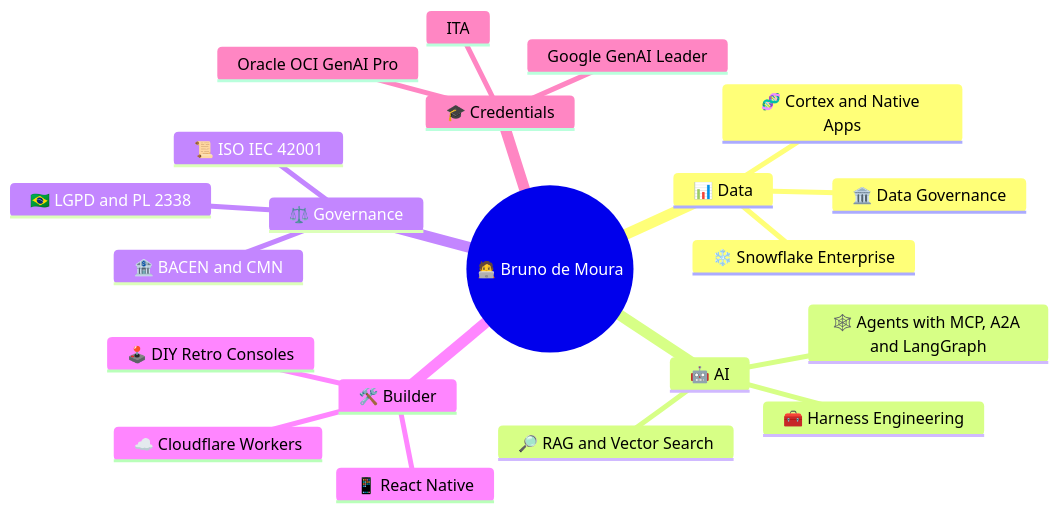
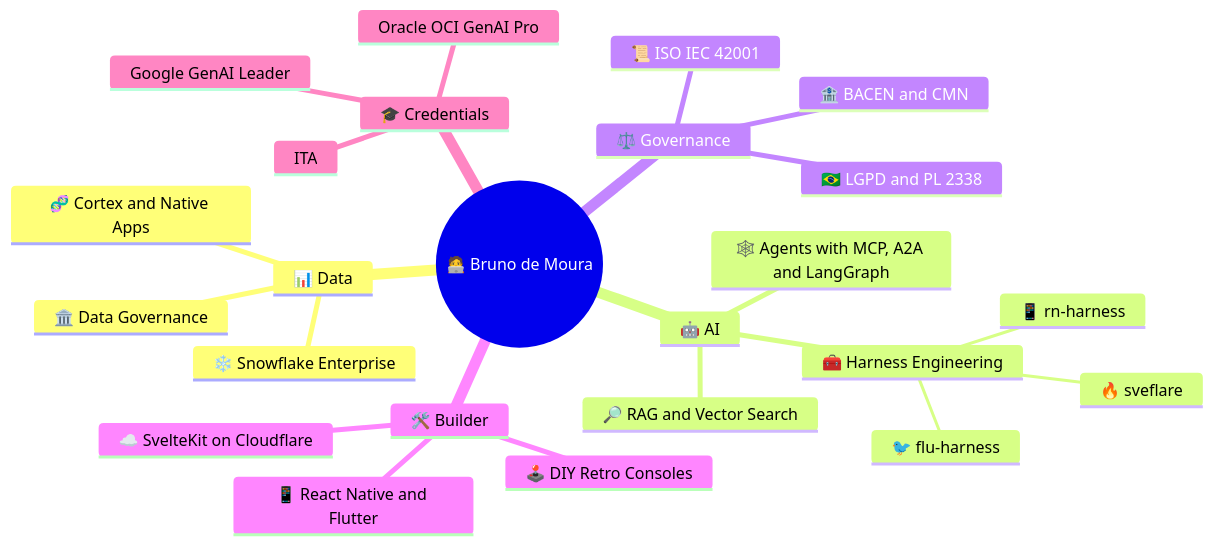
One commit to Jujubalandia/Jujubalandia changed the first of 2 diagrams in README.md. Above: the diagram before and after it, drawn with Mermaid. The commit also changed other lines of this file, not shown here.

````diff
--- a/README.md
+++ b/README.md
@@ -19,24 +19,27 @@
 ```mermaid
 mindmap
   root((🧑‍💻 Bruno de Moura))
     📊 Data
       ❄️ Snowflake Enterprise
       🏛️ Data Governance
       🧬 Cortex and Native Apps
     🤖 AI
       🕸️ Agents with MCP, A2A and LangGraph
       🧰 Harness Engineering
+        📱 rn-harness
+        🐦 flu-harness
+        🔥 sveflare
       🔎 RAG and Vector Search
     ⚖️ Governance
       📜 ISO IEC 42001
       🇧🇷 LGPD and PL 2338
       🏦 BACEN and CMN
     🛠️ Builder
-      📱 React Native
-      ☁️ Cloudflare Workers
+      📱 React Native and Flutter
+      ☁️ SvelteKit on Cloudflare
       🕹️ DIY Retro Consoles
     🎓 Credentials
       ITA
       Google GenAI Leader
       Oracle OCI GenAI Pro
 ```
````
